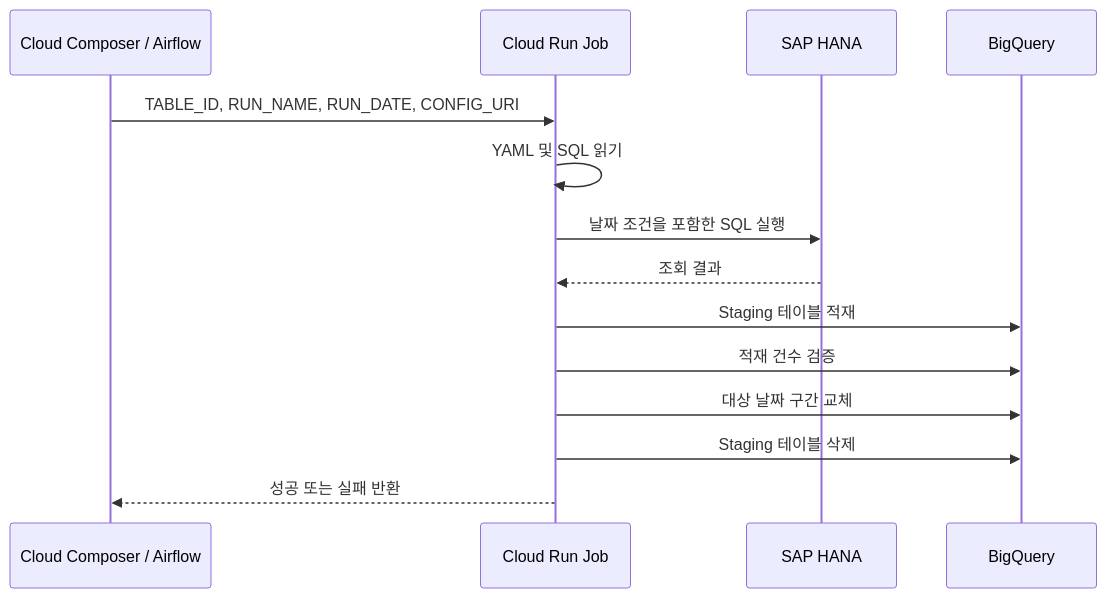
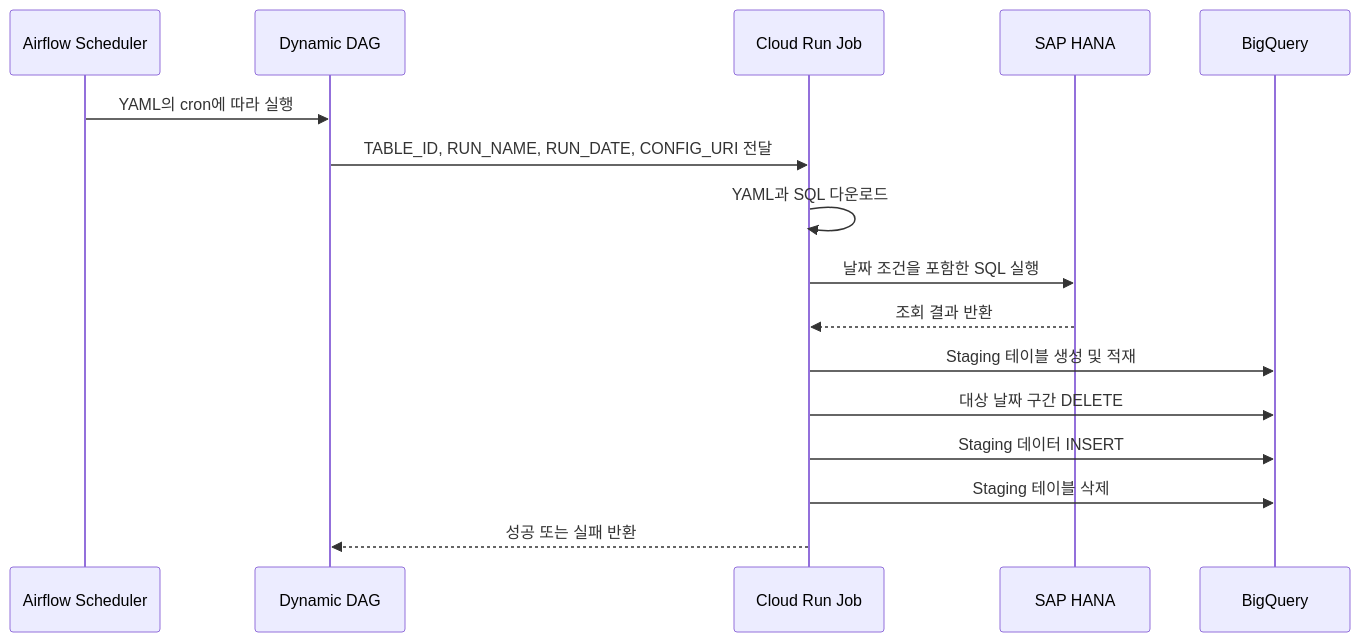
The diagram in docs/architecture.md (qkrwlfjddl/HANA-BQ-ApacheAirflow), drawn with Mermaid before and after one commit. The commit also changed other lines of this file, not shown here.

````diff
--- a/docs/architecture.md
+++ b/docs/architecture.md
@@ -10,17 +35,19 @@
 ```mermaid
 sequenceDiagram
-    participant A as Cloud Composer / Airflow
+    participant S as Airflow Scheduler
+    participant D as Dynamic DAG
     participant R as Cloud Run Job
     participant H as SAP HANA
     participant B as BigQuery
 
-    A->>R: TABLE_ID, RUN_NAME, RUN_DATE, CONFIG_URI
-    R->>R: YAML 및 SQL 읽기
+    S->>D: YAML의 cron에 따라 실행
+    D->>R: TABLE_ID, RUN_NAME, RUN_DATE, CONFIG_URI 전달
+    R->>R: YAML과 SQL 다운로드
     R->>H: 날짜 조건을 포함한 SQL 실행
-    H-->>R: 조회 결과
-    R->>B: Staging 테이블 적재
-    R->>B: 적재 건수 검증
-    R->>B: 대상 날짜 구간 교체
+    H-->>R: 조회 결과 반환
+    R->>B: Staging 테이블 생성 및 적재
+    R->>B: 대상 날짜 구간 DELETE
+    R->>B: Staging 데이터 INSERT
     R->>B: Staging 테이블 삭제
-    R-->>A: 성공 또는 실패 반환
+    R-->>D: 성공 또는 실패 반환
 ```
````
